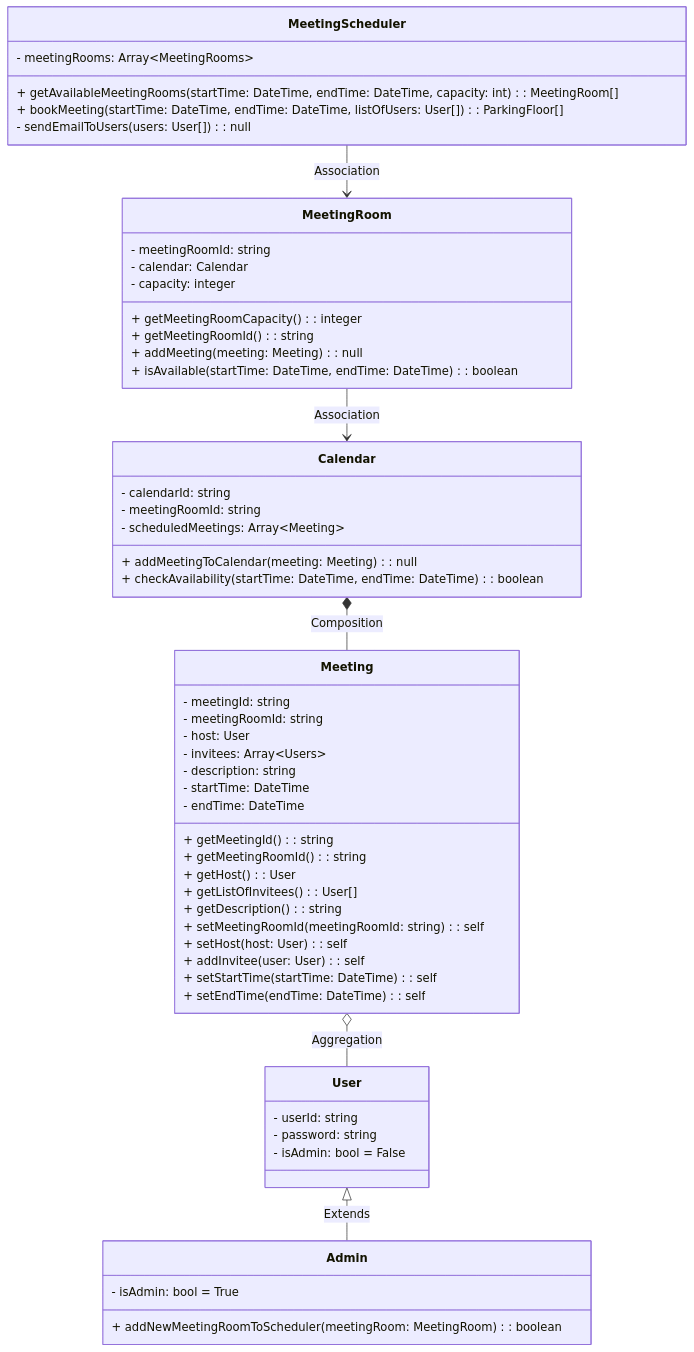
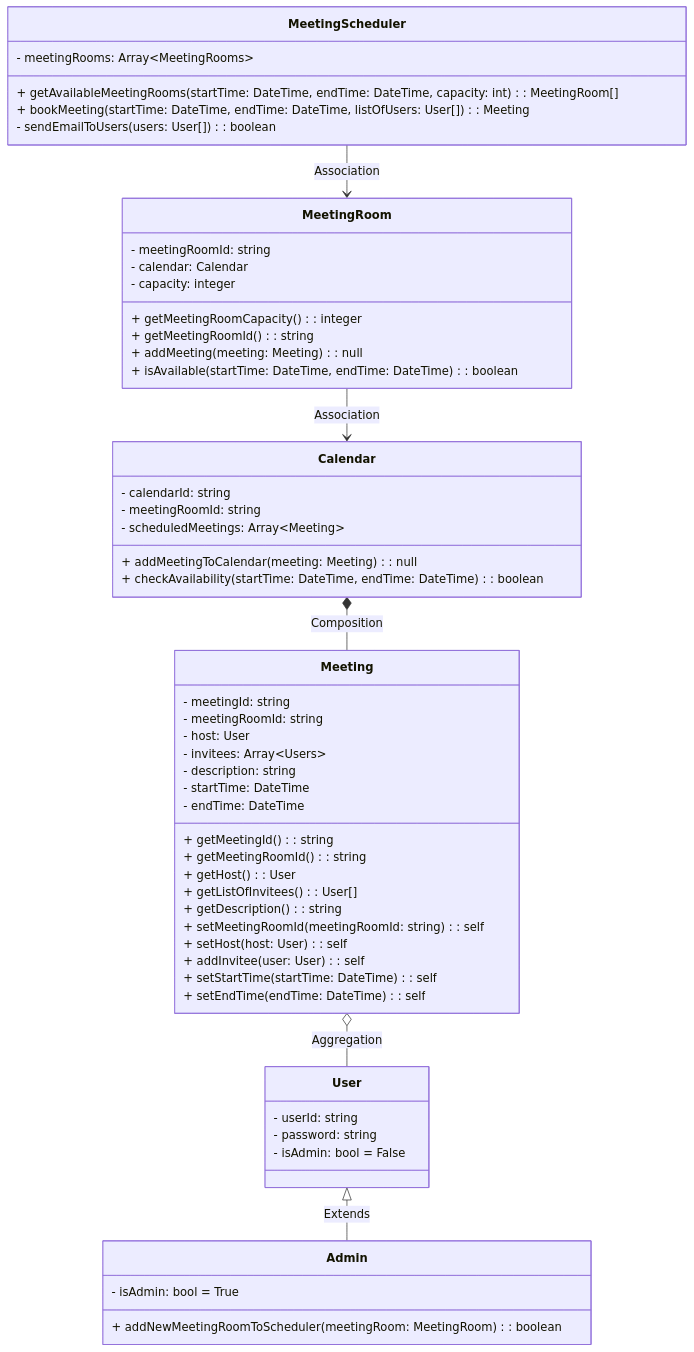
One commit to vinaycchndra/Python_LLDs changed the diagram in MeetingScheduler/ReadMe.md. Above: the diagram before and after it, drawn with Mermaid. The commit also changed 5 other files, not shown here.

````diff
--- a/MeetingScheduler/ReadMe.md
+++ b/MeetingScheduler/ReadMe.md
@@ -38,68 +38,68 @@
 ```mermaid
 classDiagram
     class MeetingScheduler{
     - meetingRooms: Array~MeetingRooms~
     + getAvailableMeetingRooms(startTime: DateTime, endTime: DateTime, capacity: int): MeetingRoom[]
-    + bookMeeting(startTime: DateTime, endTime: DateTime, listOfUsers: User[]): ParkingFloor[]
-    - sendEmailToUsers(users: User[]): null
+    + bookMeeting(startTime: DateTime, endTime: DateTime, listOfUsers: User[]): Meeting
+    - sendEmailToUsers(users: User[]): boolean
     }
 
     MeetingScheduler --> MeetingRoom: Association 
 
 
     class MeetingRoom{
         - meetingRoomId: string
         - calendar: Calendar
         - capacity: integer
         + getMeetingRoomCapacity(): integer
         + getMeetingRoomId(): string
         + addMeeting(meeting: Meeting): null
         + isAvailable(startTime: DateTime, endTime: DateTime): boolean
     }
 
     class Calendar{
         - calendarId: string
         - meetingRoomId: string
         - scheduledMeetings: Array~Meeting~
         + addMeetingToCalendar(meeting: Meeting): null
         + checkAvailability(startTime: DateTime, endTime: DateTime): boolean
     }
     
     MeetingRoom --> Calendar: Association
     Calendar *-- Meeting: Composition
     
     class User{
         - userId: string
         - password: string
         - isAdmin: bool = False
     }
 
     User <|-- Admin: Extends
     
     class Admin{
         - isAdmin: bool = True
         + addNewMeetingRoomToScheduler(meetingRoom: MeetingRoom): boolean
     }
 
     class Meeting{
         - meetingId: string
         - meetingRoomId: string
         - host: User
         - invitees: Array~Users~
         - description: string
         - startTime: DateTime
         - endTime: DateTime
         + getMeetingId(): string
         + getMeetingRoomId(): string
         + getHost(): User
         + getListOfInvitees(): User[]
         + getDescription(): string
         + setMeetingRoomId(meetingRoomId: string): self
         + setHost(host: User): self
         + addInvitee(user: User): self
         + setStartTime(startTime: DateTime): self
         + setEndTime(endTime: DateTime): self
     }
 
     Meeting o-- User: Aggregation
 ```
````
